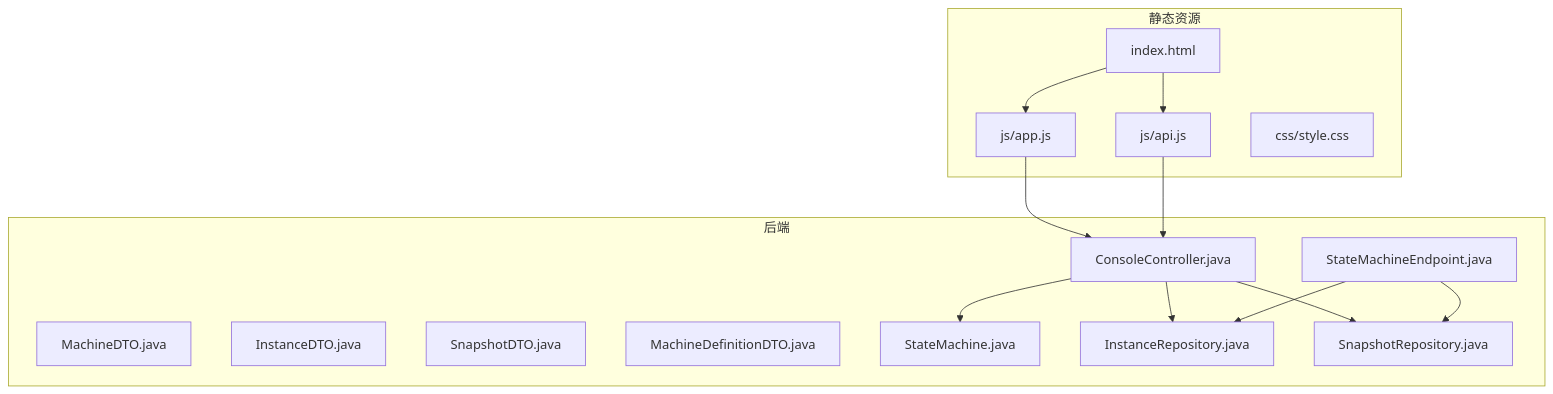
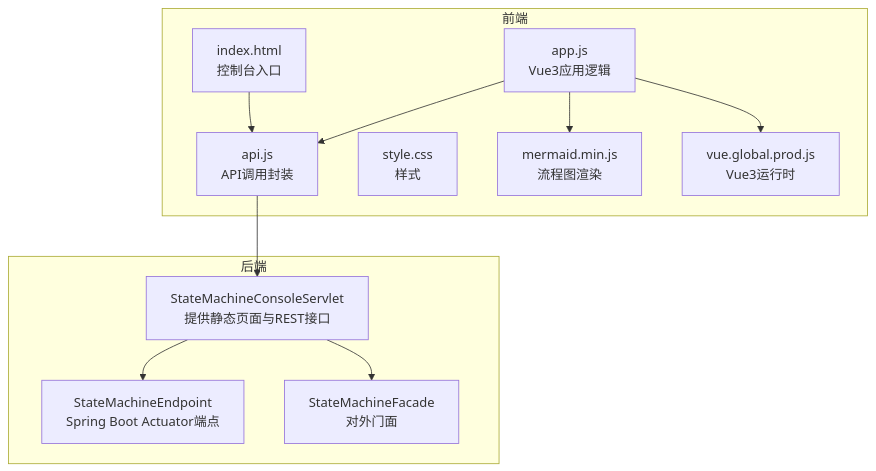
Before and after one commit to xiaoche80s-tech/state-machine-parent: the first of 6 diagrams in .qoder/repowiki/zh/content/管理控制台/管理控制台.md, drawn with Mermaid. The commit also changed other lines of this file and 97 other files, not shown here.

````diff
--- a/.qoder/repowiki/zh/content/管理控制台/管理控制台.md
+++ b/.qoder/repowiki/zh/content/管理控制台/管理控制台.md
@@ -40,29 +45,23 @@
 ```mermaid
 graph TB
-subgraph "静态资源"
-HTML["index.html"]
-JS_API["js/api.js"]
-JS_APP["js/app.js"]
-CSS["css/style.css"]
+subgraph "后端"
+A["StateMachineConsoleServlet<br/>提供静态页面与REST接口"]
+B["StateMachineEndpoint<br/>Spring Boot Actuator端点"]
+C["StateMachineFacade<br/>对外门面"]
 end
-subgraph "后端"
-CTRL["ConsoleController.java"]
-ENDPT["StateMachineEndpoint.java"]
-DTO1["MachineDTO.java"]
-DTO2["InstanceDTO.java"]
-DTO3["SnapshotDTO.java"]
-DTO4["MachineDefinitionDTO.java"]
-SM["StateMachine.java"]
-IR["InstanceRepository.java"]
-SR["SnapshotRepository.java"]
+subgraph "前端"
+D["index.html<br/>控制台入口"]
+E["api.js<br/>API调用封装"]
+F["app.js<br/>Vue3应用逻辑"]
+G["style.css<br/>样式"]
+H["mermaid.min.js<br/>流程图渲染"]
+I["vue.global.prod.js<br/>Vue3运行时"]
 end
-HTML --> JS_API
-HTML --> JS_APP
-JS_APP --> CTRL
-JS_API --> CTRL
-CTRL --> IR
-CTRL --> SR
-CTRL --> SM
-ENDPT --> IR
-ENDPT --> SR
+D --> E
+E --> A
+F --> E
+F --> H
+F --> I
+A --> B
+A --> C
 ```
````
